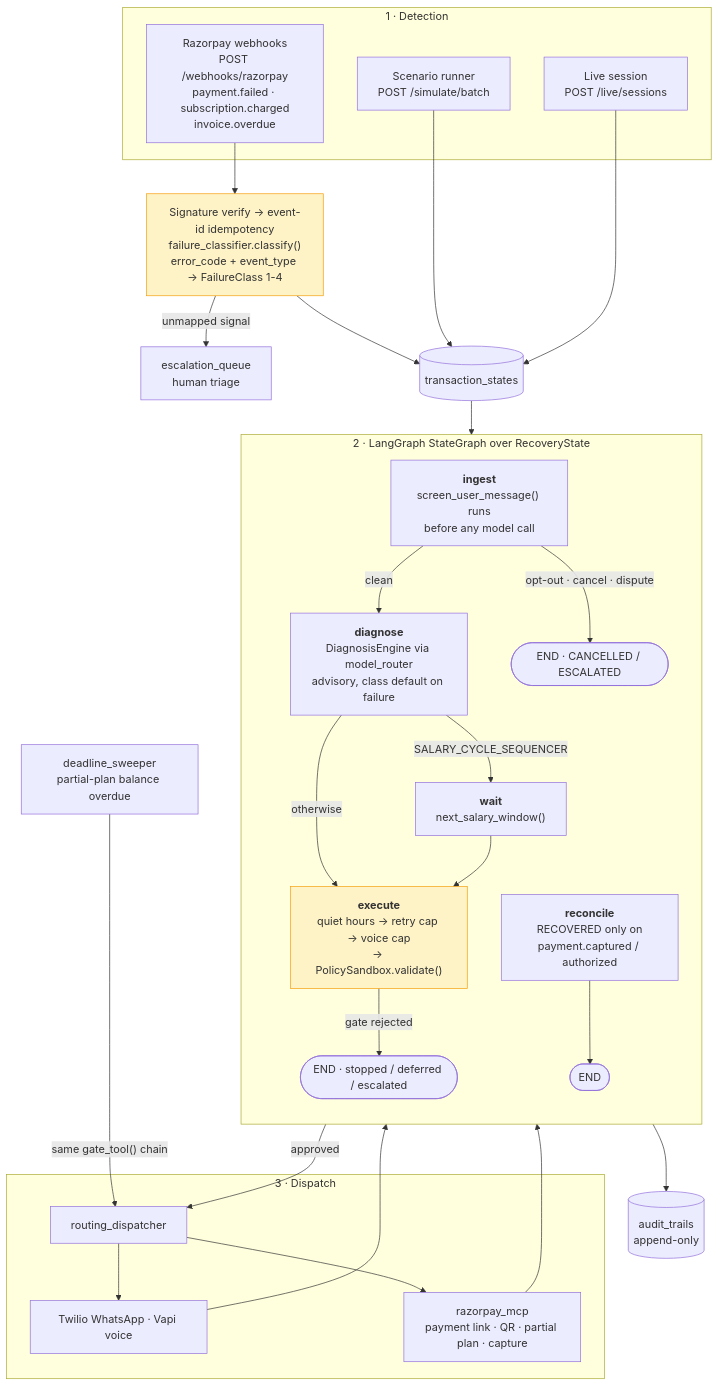
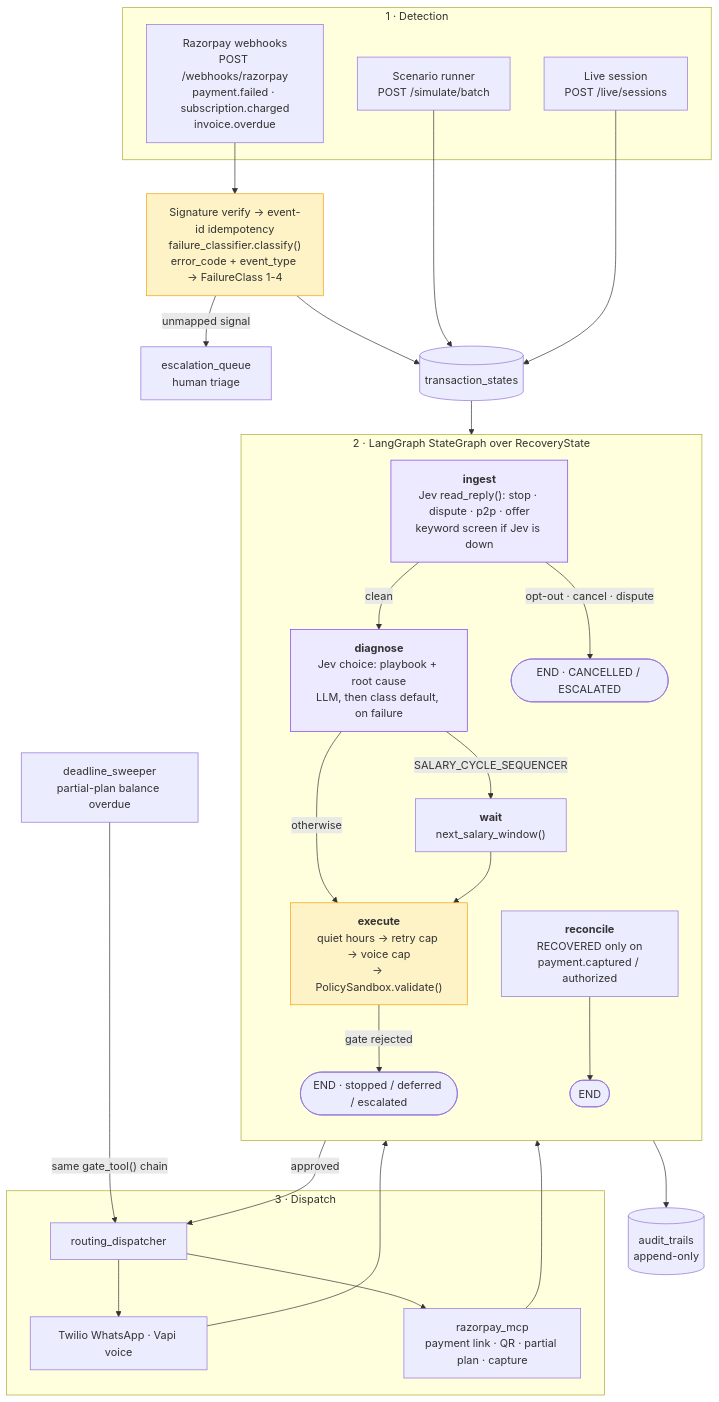
Before and after one commit to AbhayKale332/Recova: the first of 2 diagrams in README.md, drawn with Mermaid. The commit also changed other lines of this file and 2 other files, not shown here.

````diff
--- a/README.md
+++ b/README.md
@@ -32,50 +35,52 @@
 ```mermaid
 flowchart TB
     subgraph DET["1 · Detection"]
         WH["Razorpay webhooks<br/>POST /webhooks/razorpay<br/>payment.failed · subscription.charged<br/>invoice.overdue"]
         SIM["Scenario runner<br/>POST /simulate/batch"]
         LIVE["Live session<br/>POST /live/sessions"]
     end
 
     WH --> SIG["Signature verify → event-id idempotency<br/>failure_classifier.classify()<br/>error_code + event_type → FailureClass 1-4"]
     SIG -->|"unmapped signal"| ESC0["escalation_queue<br/>human triage"]
     SIG --> TX[("transaction_states")]
     SIM --> TX
     LIVE --> TX
 
     subgraph GRAPH["2 · LangGraph StateGraph over RecoveryState"]
         direction TB
-        ING["<b>ingest</b><br/>screen_user_message() runs<br/>before any model call"]
-        DIA["<b>diagnose</b><br/>DiagnosisEngine via model_router<br/>advisory, class default on failure"]
+        ING["<b>ingest</b><br/>Jev read_reply(): stop · dispute · p2p · offer<br/>keyword screen if Jev is down"]
+        DIA["<b>diagnose</b><br/>Jev choice: playbook + root cause<br/>LLM, then class default, on failure"]
         WAIT["<b>wait</b><br/>next_salary_window()"]
         EXE["<b>execute</b><br/>quiet hours → retry cap → voice cap<br/>→ PolicySandbox.validate()"]
         REC["<b>reconcile</b><br/>RECOVERED only on<br/>payment.captured / authorized"]
 
         ING -->|"clean"| DIA
         ING -->|"opt-out · cancel · dispute"| E1(["END · CANCELLED / ESCALATED"])
         DIA -->|"SALARY_CYCLE_SEQUENCER"| WAIT
         DIA -->|"otherwise"| EXE
         WAIT --> EXE
         EXE -->|"gate rejected"| E2(["END · stopped / deferred / escalated"])
         REC --> E3(["END"])
     end
 
     subgraph OUT["3 · Dispatch"]
         DISP["routing_dispatcher"]
         CH["Twilio WhatsApp · Vapi voice"]
         MCP["razorpay_mcp<br/>payment link · QR · partial plan · capture"]
         DISP --> CH
         DISP --> MCP
     end
 
     SWEEP["deadline_sweeper<br/>partial-plan balance overdue"] -->|"same gate_tool() chain"| DISP
 
     TX --> ING
     EXE -->|"approved"| DISP
     CH --> REC
     MCP --> REC
     GRAPH --> AUD[("audit_trails<br/>append-only")]
 
     style SIG fill:#fef3c7,stroke:#f59e0b
     style EXE fill:#fef3c7,stroke:#f59e0b
+    style ING fill:#ede9fe,stroke:#7c3aed
+    style DIA fill:#ede9fe,stroke:#7c3aed
 ```
````
